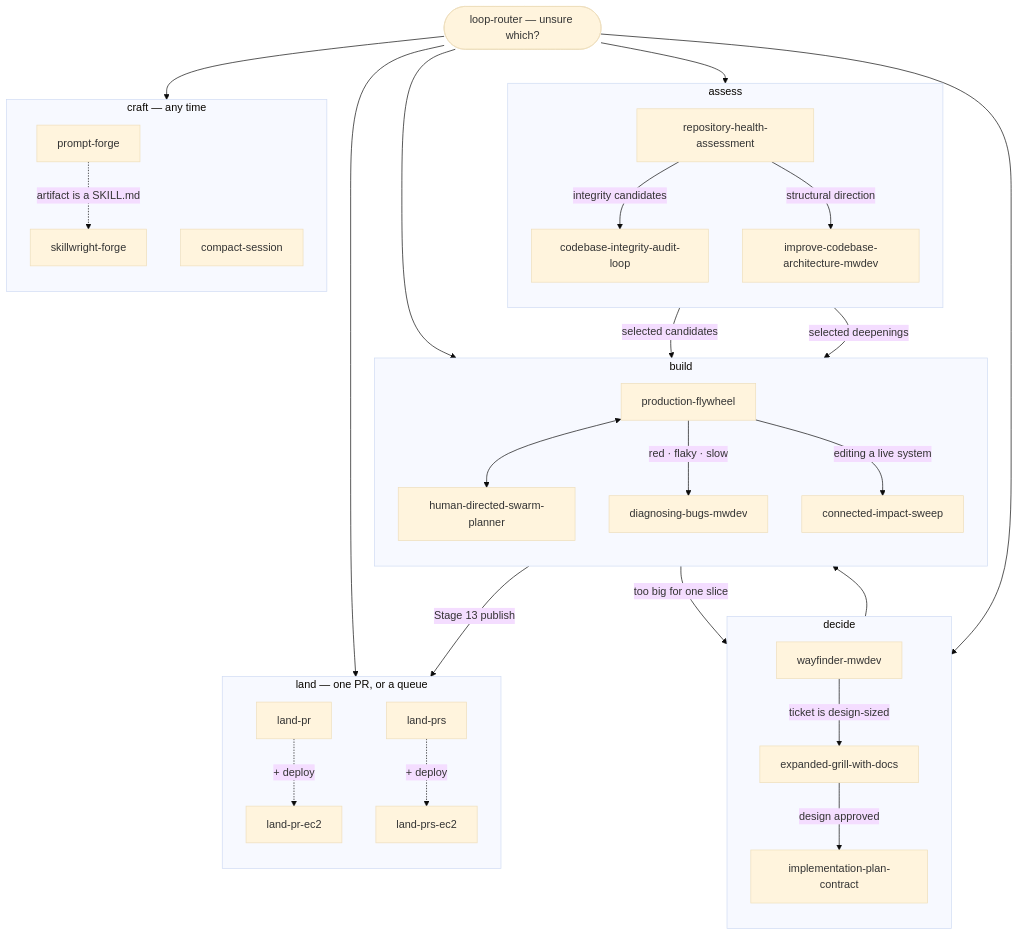
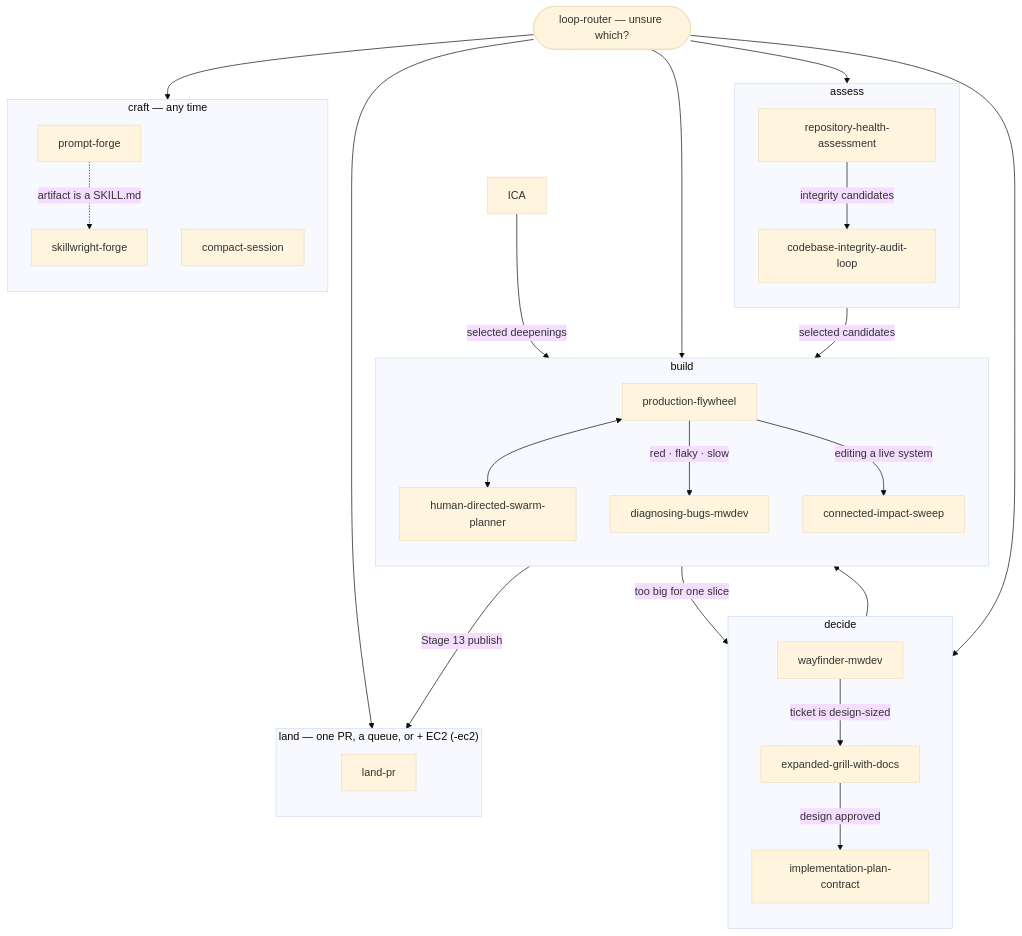
The diagram in CAPABILITY-MAP.md (markwuenschel-dev/markdev-skills), drawn with Mermaid (base theme) before and after one commit. The commit also changed other lines of this file and 16 other files, not shown here.

````diff
--- a/CAPABILITY-MAP.md
+++ b/CAPABILITY-MAP.md
@@ -7,62 +7,55 @@
 ```mermaid
 flowchart TD
     R(["loop-router — unsure which?"])
     R --> DECIDE
     R --> ASSESS
     R --> BUILD
     R --> LAND
     R --> CRAFT
 
     subgraph DECIDE["decide"]
         direction TB
         WF["wayfinder-mwdev"]
         EG["expanded-grill-with-docs"]
         IPC["implementation-plan-contract"]
         WF -->|"ticket is design-sized"| EG
         EG -->|"design approved"| IPC
     end
 
     subgraph ASSESS["assess"]
         direction TB
         RHA["repository-health-assessment"]
         CIAL["codebase-integrity-audit-loop"]
-        ICA["improve-codebase-architecture-mwdev"]
         RHA -->|"integrity candidates"| CIAL
-        RHA -->|"structural direction"| ICA
     end
 
     subgraph BUILD["build"]
         direction TB
         PF["production-flywheel"]
         HDSP["human-directed-swarm-planner"]
         DBM["diagnosing-bugs-mwdev"]
         CIS["connected-impact-sweep"]
         PF <--> HDSP
         PF -->|"red · flaky · slow"| DBM
         PF -->|"editing a live system"| CIS
     end
 
-    subgraph LAND["land — one PR, or a queue"]
+    subgraph LAND["land — one PR, a queue, or + EC2 (-ec2)"]
         direction TB
         LP["land-pr"]
-        LPS["land-prs"]
-        LPE["land-pr-ec2"]
-        LPSE["land-prs-ec2"]
-        LP -.->|"+ deploy"| LPE
-        LPS -.->|"+ deploy"| LPSE
     end
 
     subgraph CRAFT["craft — any time"]
         direction TB
         PFG["prompt-forge"]
         SWF["skillwright-forge"]
         CS["compact-session"]
         PFG -.->|"artifact is a SKILL.md"| SWF
     end
 
     IPC --> PF
     CIAL -->|"selected candidates"| PF
     ICA -->|"selected deepenings"| PF
     PF -->|"too big for one slice"| WF
     PF -->|"Stage 13 publish"| LP
 ```
````
